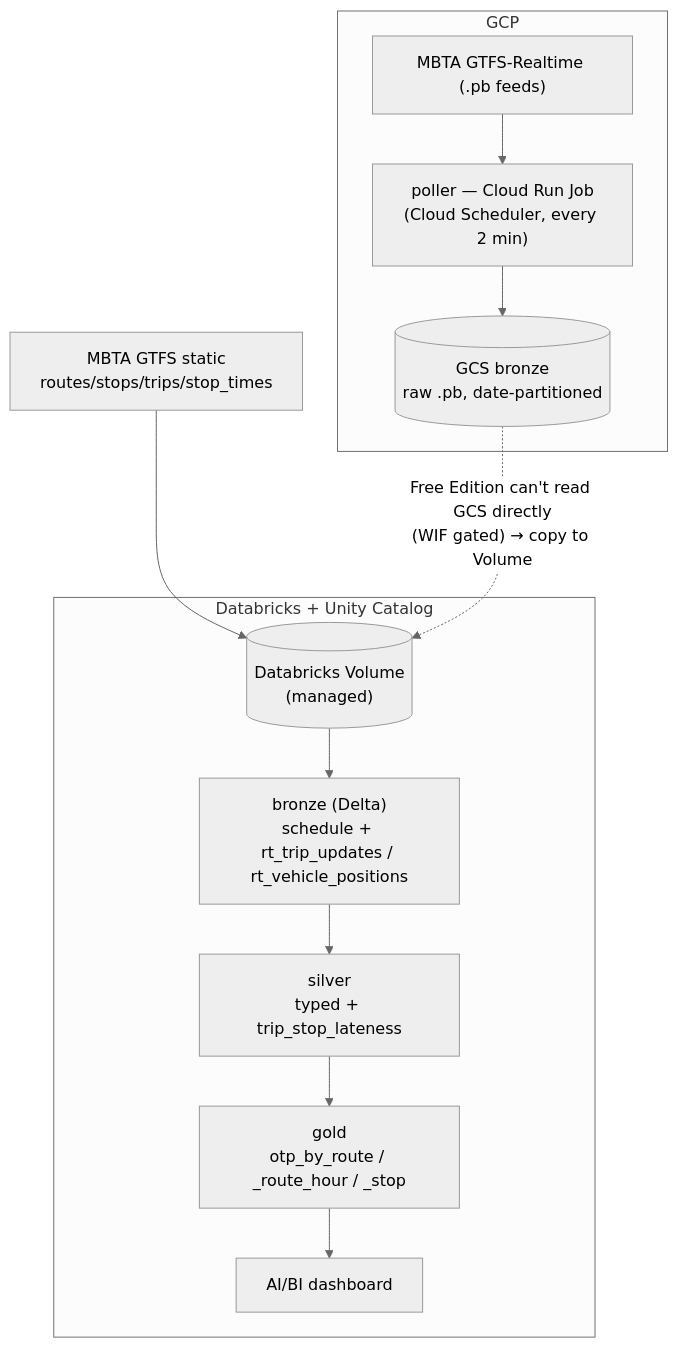
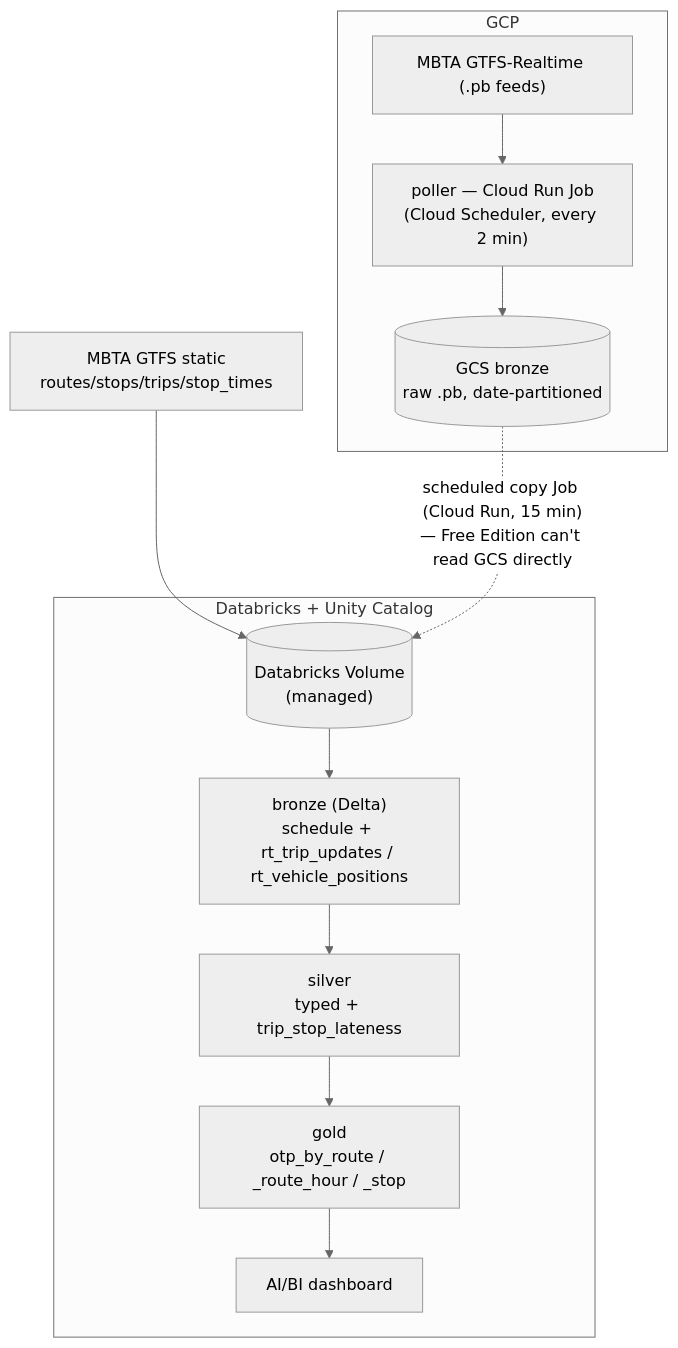
Before and after one commit to joaoblasques/mbta-on-time-lakehouse: the diagram in README.md, drawn with Mermaid (neutral theme). The commit also changed other lines of this file and 1 other file, not shown here.

First line of the commit message:
docs: reflect the closed self-refreshing loop (copy Job + scheduled medallion)

````diff
--- a/README.md
+++ b/README.md
@@ -27,15 +27,15 @@
 ```mermaid
 flowchart TD
   subgraph GCPbox["GCP"]
     RT["MBTA GTFS-Realtime (.pb feeds)"] --> POLL["poller — Cloud Run Job<br/>(Cloud Scheduler, every 2 min)"]
     POLL --> GCS[("GCS bronze<br/>raw .pb, date-partitioned")]
   end
   STATIC["MBTA GTFS static<br/>routes/stops/trips/stop_times"] --> VOL[("Databricks Volume<br/>(managed)")]
-  GCS -. "Free Edition can't read GCS directly<br/>(WIF gated) → copy to Volume" .-> VOL
+  GCS -. "scheduled copy Job (Cloud Run, 15 min)<br/>— Free Edition can't read GCS directly" .-> VOL
   subgraph DBX["Databricks + Unity Catalog"]
     VOL --> BRONZE["bronze (Delta)<br/>schedule + rt_trip_updates / rt_vehicle_positions"]
     BRONZE --> SILVER["silver<br/>typed + trip_stop_lateness"]
     SILVER --> GOLD["gold<br/>otp_by_route / _route_hour / _stop"]
     GOLD --> DASH["AI/BI dashboard"]
   end
 ```
````
